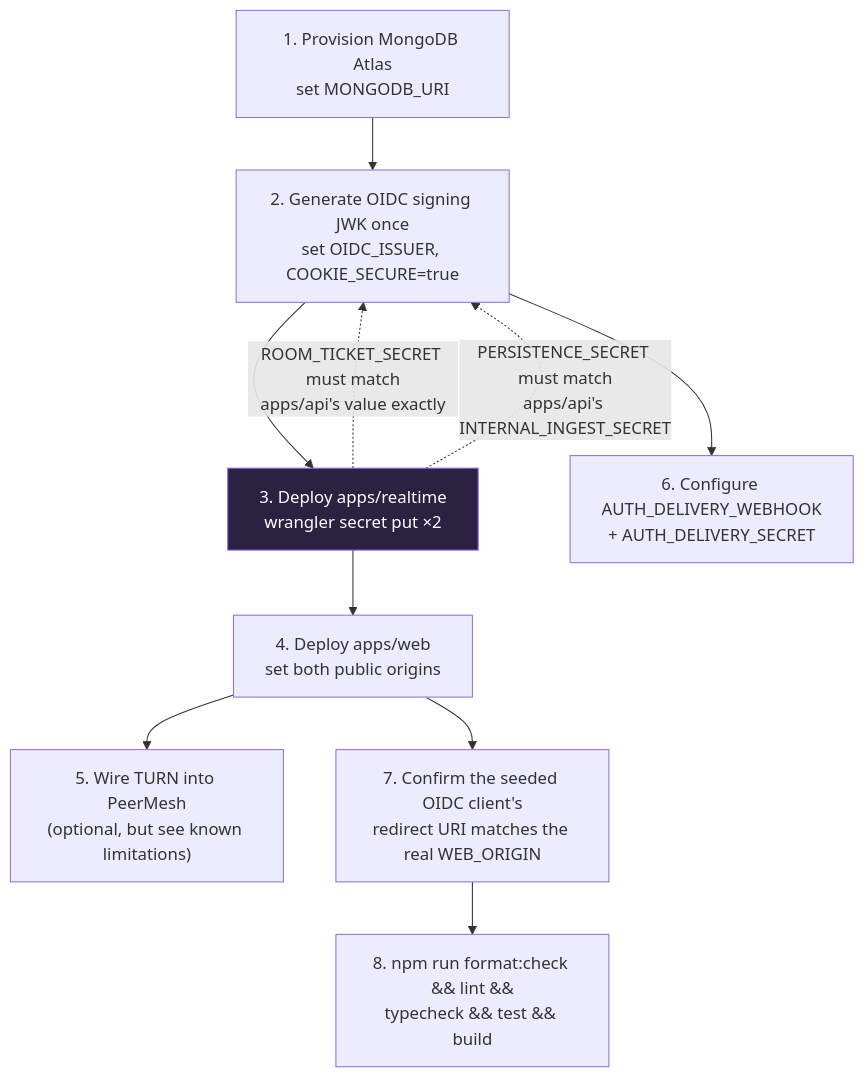
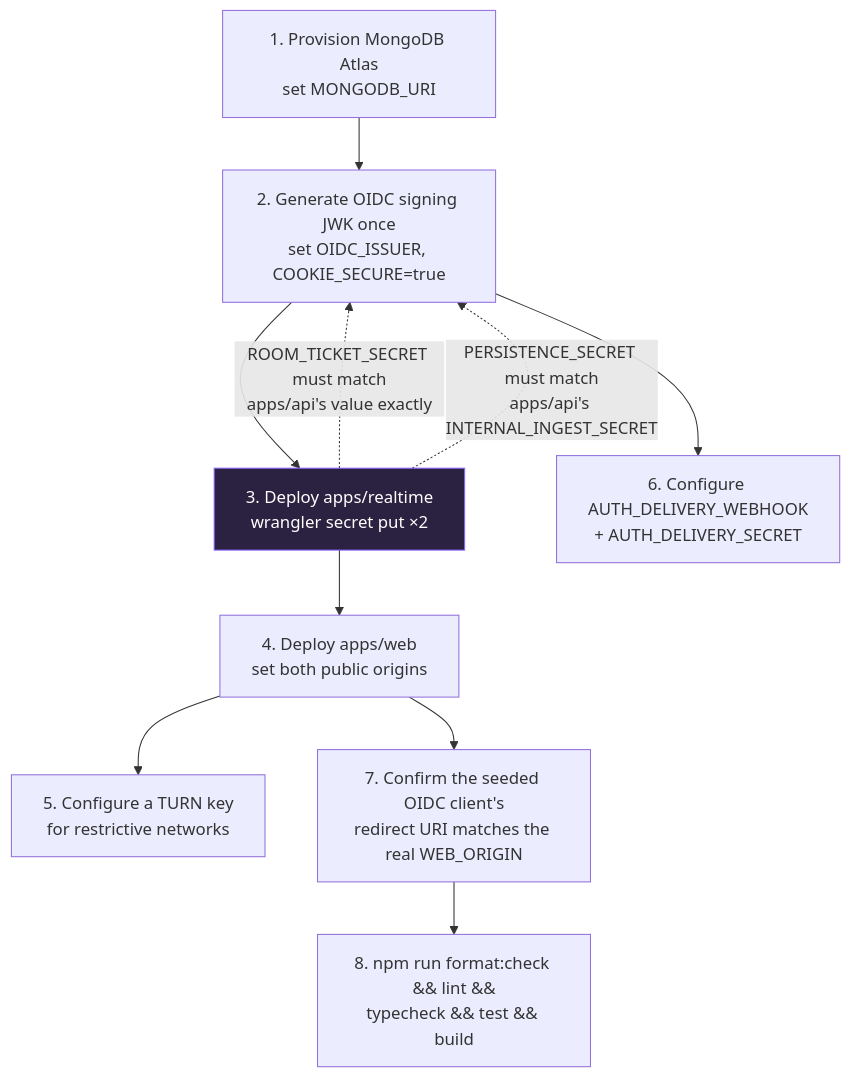
The first of 2 diagrams in docs/deployment.md (hoangsonww/Threadline-RealTime-Collab), drawn with Mermaid before and after one commit. The commit also changed other lines of this file and 13 other files, not shown here.

````diff
--- a/docs/deployment.md
+++ b/docs/deployment.md
@@ -37,14 +37,14 @@
 ```mermaid
 flowchart TD
     A["1. Provision MongoDB Atlas<br/>set MONGODB_URI"] --> B["2. Generate OIDC signing JWK once<br/>set OIDC_ISSUER, COOKIE_SECURE=true"]
     B --> C["3. Deploy apps/realtime<br/>wrangler secret put ×2"]
     C --> D["4. Deploy apps/web<br/>set both public origins"]
-    D --> E["5. Wire TURN into PeerMesh<br/>(optional, but see known limitations)"]
+    D --> E["5. Configure a TURN key<br/>for restrictive networks"]
     B --> F["6. Configure AUTH_DELIVERY_WEBHOOK<br/>+ AUTH_DELIVERY_SECRET"]
     C -.->|"ROOM_TICKET_SECRET must match<br/>apps/api's value exactly"| B
     C -.->|"PERSISTENCE_SECRET must match<br/>apps/api's INTERNAL_INGEST_SECRET"| B
     D --> G["7. Confirm the seeded OIDC client's<br/>redirect URI matches the real WEB_ORIGIN"]
     G --> H["8. npm run format:check && lint &&<br/>typecheck && test && build"]
 
     style C fill:#2b2140,stroke:#8a63ff,color:#fff
 ```
````
